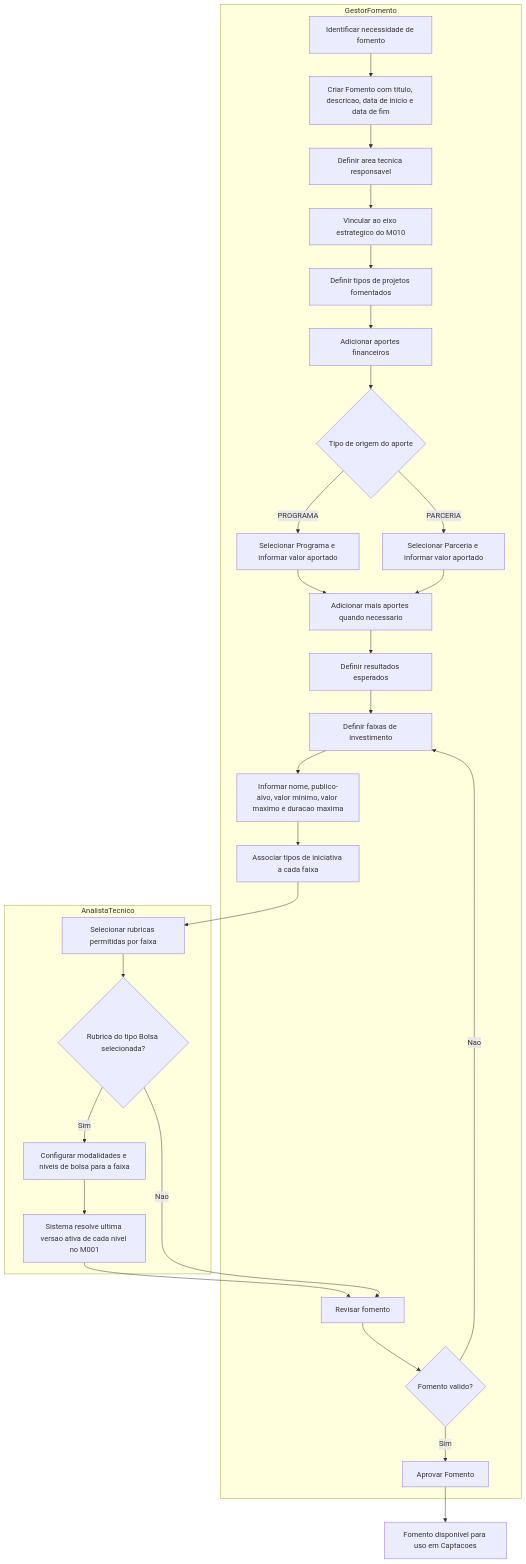
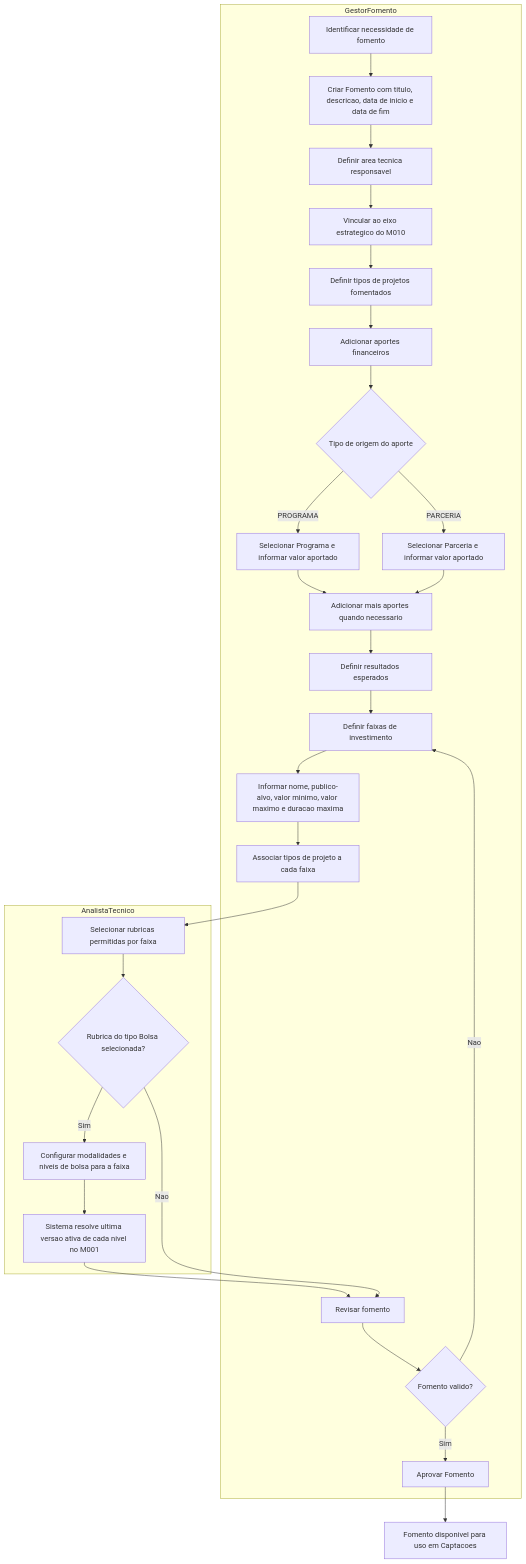
The first of 4 diagrams in docs/implementation/modules/M011-configuracao-captacao/process-fomento.md (Czzped/conecta-fapes-teste), drawn with Mermaid before and after one commit. The commit also changed other lines of this file and 14 other files, not shown here.

First line of the commit message:
refactor(M011): normaliza terminologia iniciativa -> projeto

````diff
--- a/docs/implementation/modules/M011-configuracao-captacao/process-fomento.md
+++ b/docs/implementation/modules/M011-configuracao-captacao/process-fomento.md
@@ -26,42 +26,42 @@
 ```mermaid
 flowchart TD
     subgraph GestorFomento[GestorFomento]
         A[Identificar necessidade de fomento]
         B[Criar Fomento com titulo, descricao, data de inicio e data de fim]
         AT[Definir area tecnica responsavel]
         C[Vincular ao eixo estrategico do M010]
         TI[Definir tipos de projetos fomentados]
         D[Adicionar aportes financeiros]
         E{Tipo de origem do aporte}
         F[Selecionar Programa e informar valor aportado]
         G[Selecionar Parceria e informar valor aportado]
         H[Adicionar mais aportes quando necessario]
         I[Definir resultados esperados]
         J[Definir faixas de investimento]
         K[Informar nome, publico-alvo, valor minimo, valor maximo e duracao maxima]
-        TA[Associar tipos de iniciativa a cada faixa]
+        TA[Associar tipos de projeto a cada faixa]
         P[Revisar fomento]
         Q{Fomento valido?}
         R[Aprovar Fomento]
     end
 
     subgraph AnalistaTecnico[AnalistaTecnico]
         L[Selecionar rubricas permitidas por faixa]
         M{Rubrica do tipo Bolsa selecionada?}
         N[Configurar modalidades e niveis de bolsa para a faixa]
         O[Sistema resolve ultima versao ativa de cada nivel no M001]
     end
 
     A --> B --> AT --> C --> TI --> D --> E
     E -->|PROGRAMA| F --> H
     E -->|PARCERIA| G --> H
     H --> I --> J --> K --> TA
     TA --> L
     L --> M
     M -->|Sim| N --> O --> P
     M -->|Nao| P
     P --> Q
     Q -->|Nao| J
     Q -->|Sim| R
     R --> S[Fomento disponivel para uso em Captacoes]
 ```
````
